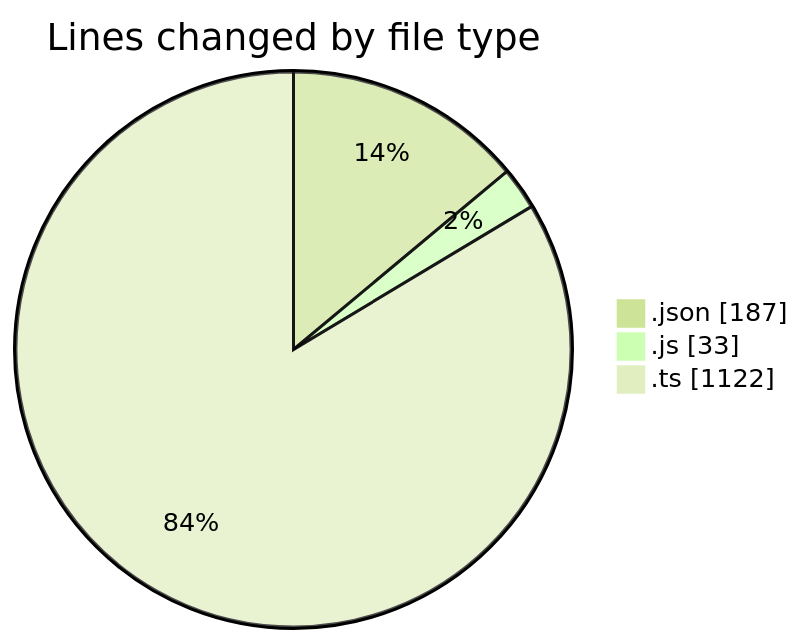
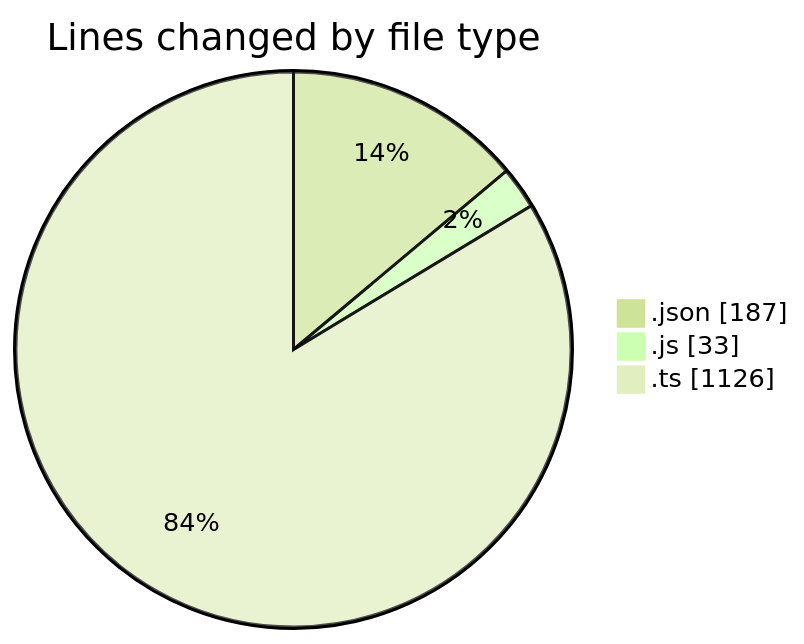
Before and after one commit to momahboobian/code-tracking: the first of 2 diagrams in 2026-05-27/cda/README.md, drawn with Mermaid (forest theme). The commit also changed other lines of this file and 1 other file, not shown here.

````diff
--- a/2026-05-27/cda/README.md
+++ b/2026-05-27/cda/README.md
@@ -26,7 +26,7 @@
 ```mermaid
 pie showData
 title Lines changed by file type
 ".json" : 187
 ".js" : 33
-".ts" : 1122
+".ts" : 1126
 ```
````
